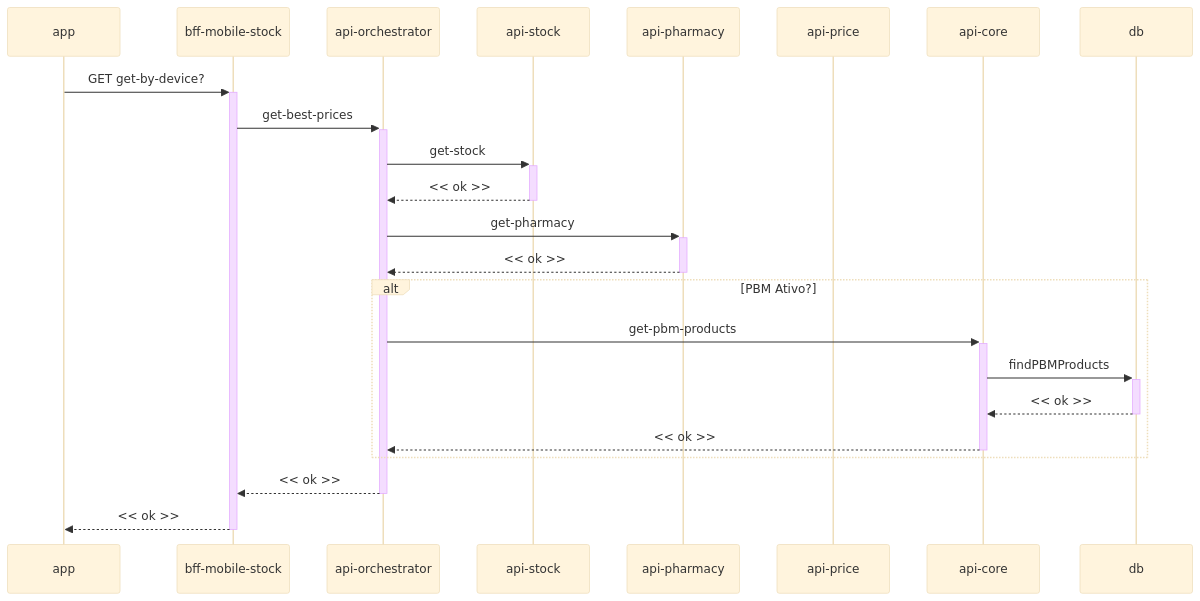
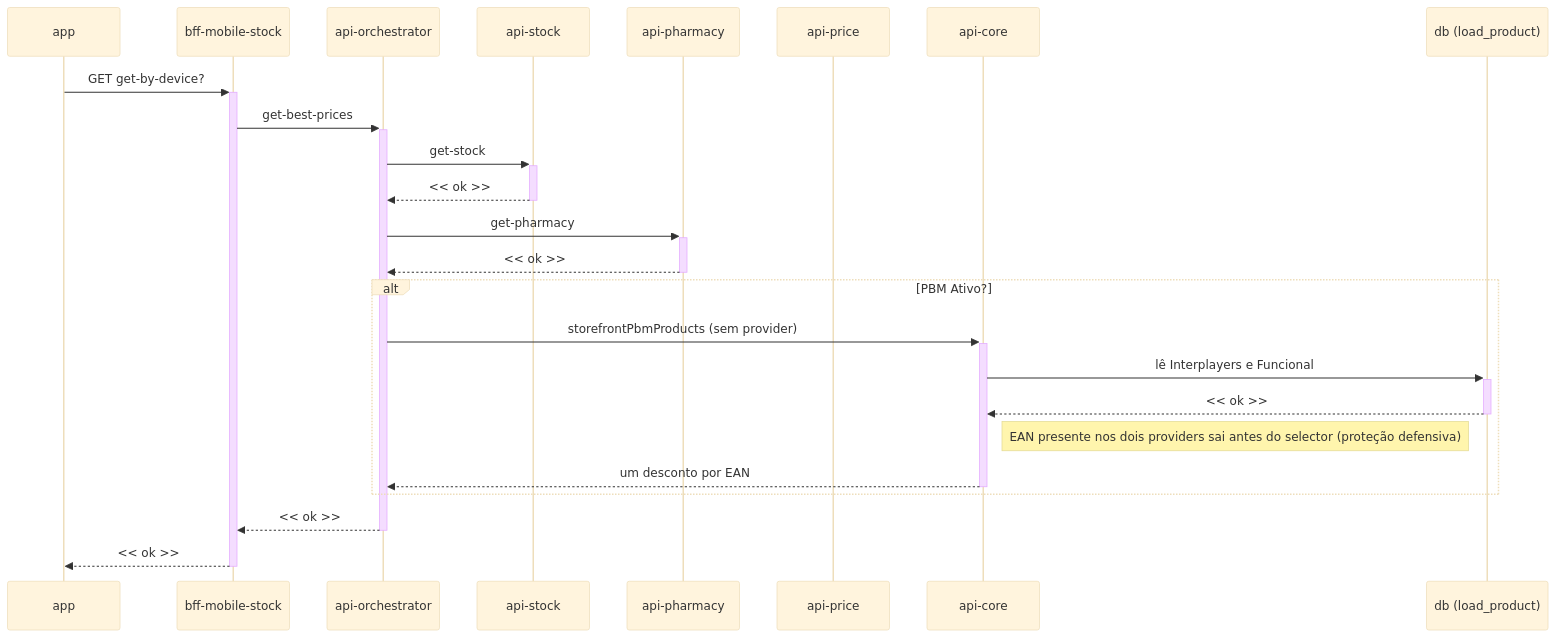
Before and after one commit to farmarcas/spec-kit-radar-ecommerce: the diagram in specs/features/001-app-ecommerce/PBM/sequencia-pbm-vitrine-produtos.md, drawn with Mermaid (base theme). The commit also changed other lines of this file and 11 other files, not shown here.

First line of the commit message:
Documenta integracao do provedor Funcional Card no PBM

````diff
--- a/specs/features/001-app-ecommerce/PBM/sequencia-pbm-vitrine-produtos.md
+++ b/specs/features/001-app-ecommerce/PBM/sequencia-pbm-vitrine-produtos.md
@@ -9,28 +10,29 @@
 ```mermaid
 sequenceDiagram
     participant app
     participant bff-mobile-stock
     participant api-orchestrator
     participant api-stock
     participant api-pharmacy
     participant api-price
     participant api-core
-    participant db
+    participant db as db (load_product)
 
     app->>+bff-mobile-stock: GET get-by-device?
     bff-mobile-stock->>+api-orchestrator: get-best-prices
     api-orchestrator->>+api-stock: get-stock
     api-stock-->>-api-orchestrator: << ok >>
     api-orchestrator->>+api-pharmacy: get-pharmacy
     api-pharmacy-->>-api-orchestrator: << ok >>
 
     alt PBM Ativo?
-        api-orchestrator->>+api-core: get-pbm-products
-        api-core->>+db: findPBMProducts
+        api-orchestrator->>+api-core: storefrontPbmProducts (sem provider)
+        api-core->>+db: lê Interplayers e Funcional
         db-->>-api-core: << ok >>
-        api-core-->>-api-orchestrator: << ok >>
+        Note right of api-core: EAN presente nos dois providers sai antes do selector (proteção defensiva)
+        api-core-->>-api-orchestrator: um desconto por EAN
     end
 
     api-orchestrator-->>-bff-mobile-stock: << ok >>
     bff-mobile-stock-->>-app: << ok >>
 ```
````
